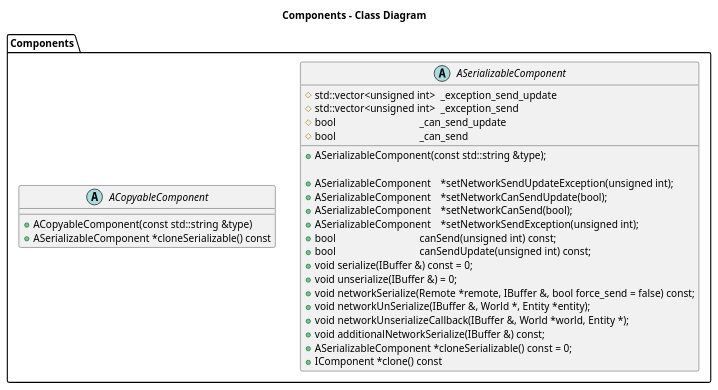
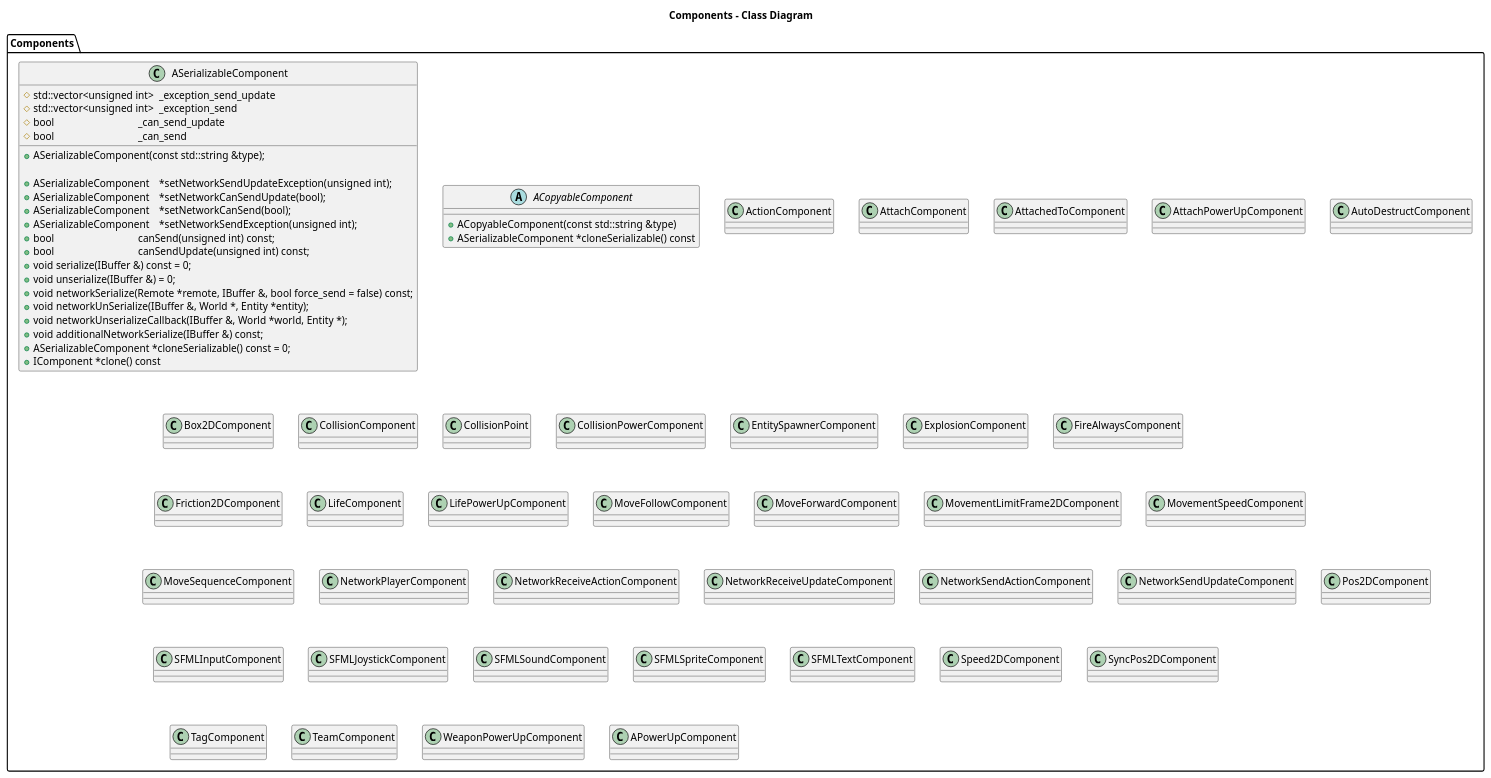
The diagram in doc/UML/Components-Classes.iuml (deb0ch/R-Type), drawn with PlantUML before and after one commit. The commit also changed 4 other files, not shown here.

```diff
--- a/doc/UML/Components-Classes.iuml
+++ b/doc/UML/Components-Classes.iuml
@@ -1,39 +1,78 @@
 @startuml
 
 title Components - Class Diagram
 
 package Components {
 
 Abstract Class ASerializableComponent {
   +ASerializableComponent(const std::string &type);
  
   +ASerializableComponent	*setNetworkSendUpdateException(unsigned int);
   +ASerializableComponent	*setNetworkCanSendUpdate(bool);
   +ASerializableComponent	*setNetworkCanSend(bool);
   +ASerializableComponent	*setNetworkSendException(unsigned int);
   +bool				canSend(unsigned int) const;
   +bool				canSendUpdate(unsigned int) const;
   +void serialize(IBuffer &) const = 0;
   +void unserialize(IBuffer &) = 0;
   +void networkSerialize(Remote *remote, IBuffer &, bool force_send = false) const;
   +void networkUnSerialize(IBuffer &, World *, Entity *entity);
   +void networkUnserializeCallback(IBuffer &, World *world, Entity *);
   +void additionalNetworkSerialize(IBuffer &) const;
   +ASerializableComponent *cloneSerializable() const = 0;
   +IComponent *clone() const
 
   #std::vector<unsigned int>	_exception_send_update
   #std::vector<unsigned int>	_exception_send
   #bool				_can_send_update
   #bool				_can_send
 }
 
 abstract class ACopyableComponent {
   +ACopyableComponent(const std::string &type)
   + ASerializableComponent *cloneSerializable() const
 
 }
 
+class ActionComponent
+class ASerializableComponent
+class AttachComponent
+class AttachedToComponent
+class AttachPowerUpComponent
+class AutoDestructComponent
+class Box2DComponent
+class CollisionComponent
+class CollisionPoint
+class CollisionPowerComponent
+class EntitySpawnerComponent
+class ExplosionComponent
+class FireAlwaysComponent
+class Friction2DComponent
+class LifeComponent
+class LifePowerUpComponent
+class MoveFollowComponent
+class MoveForwardComponent
+class MovementLimitFrame2DComponent
+class MovementSpeedComponent
+class MoveSequenceComponent
+class NetworkPlayerComponent
+class NetworkReceiveActionComponent
+class NetworkReceiveUpdateComponent
+class NetworkSendActionComponent
+class NetworkSendUpdateComponent
+class Pos2DComponent
+class SFMLInputComponent
+class SFMLJoystickComponent
+class SFMLSoundComponent
+class SFMLSpriteComponent
+class SFMLTextComponent
+class Speed2DComponent
+class SyncPos2DComponent
+class TagComponent
+class TeamComponent
+class WeaponPowerUpComponent
+class APowerUpComponent
+
 }
 
 @enduml
```
